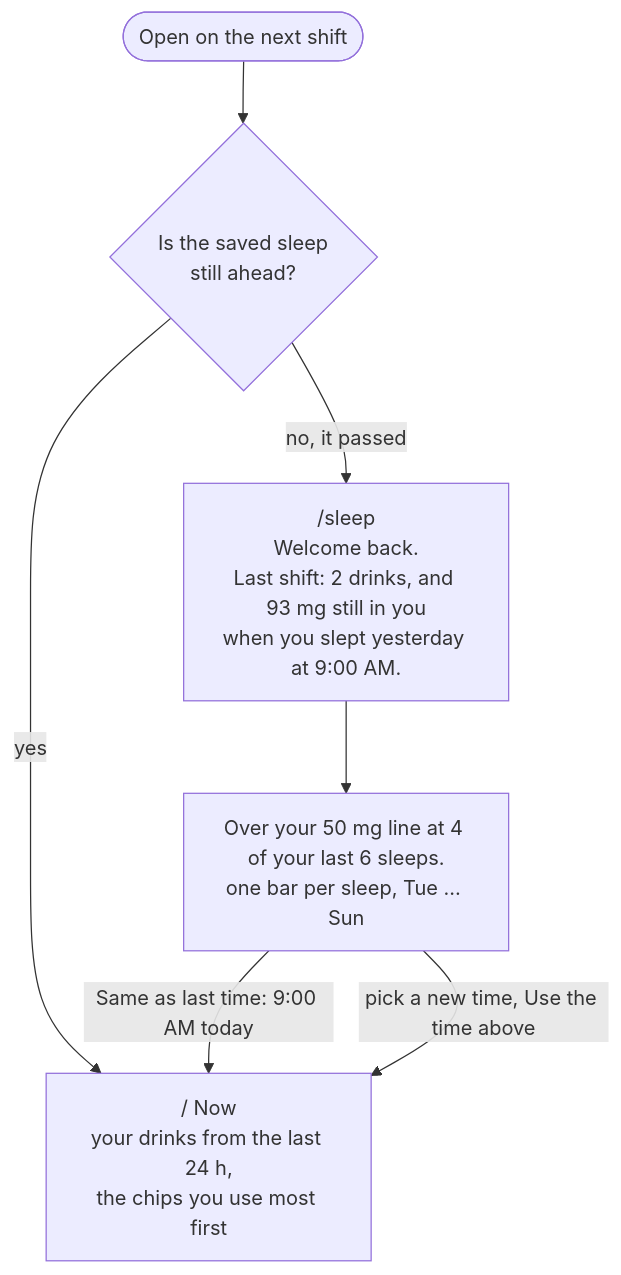
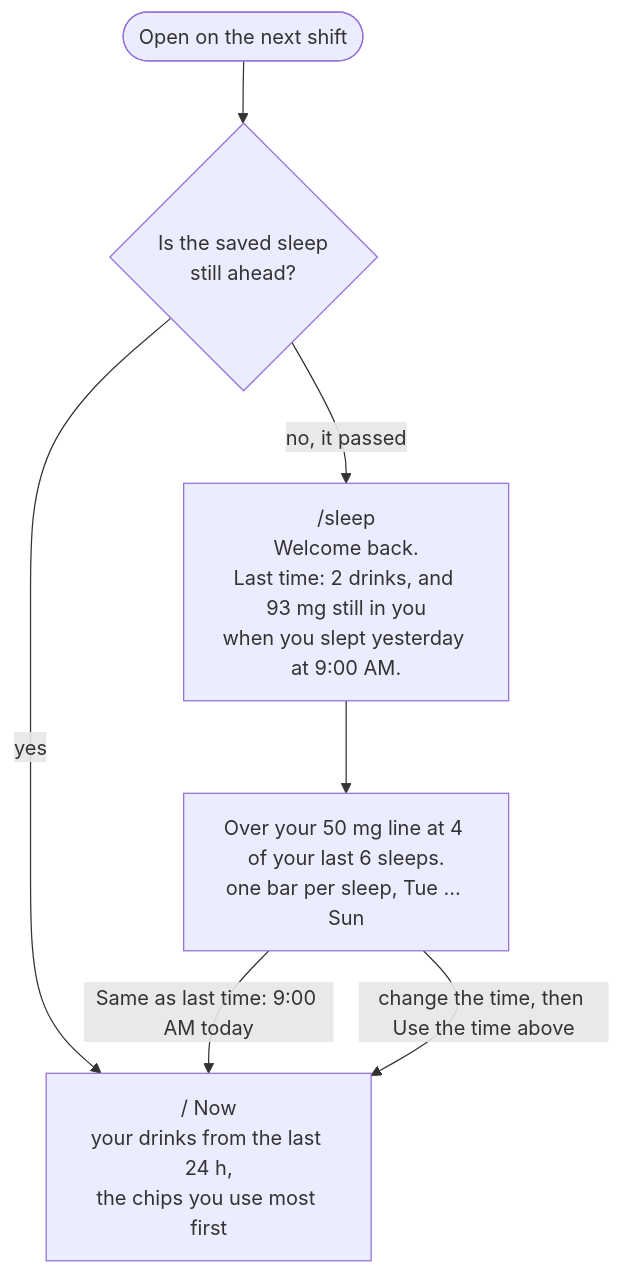
The fifth of 5 diagrams in README.md (nocturnalvigilante/design_ship_build_homework_3), drawn with Mermaid before and after one commit. The commit also changed other lines of this file and 2 other files, not shown here.

````diff
--- a/README.md
+++ b/README.md
@@ -109,9 +114,9 @@
 ```mermaid
 flowchart TD
   A([Open on the next shift]) --> B{"Is the saved sleep<br/>still ahead?"}
   B -- "yes" --> N["/ Now<br/>your drinks from the last 24 h,<br/>the chips you use most first"]
-  B -- "no, it passed" --> S["/sleep<br/>Welcome back.<br/>Last shift: 2 drinks, and 93 mg still in you<br/>when you slept yesterday at 9:00 AM."]
+  B -- "no, it passed" --> S["/sleep<br/>Welcome back.<br/>Last time: 2 drinks, and 93 mg still in you<br/>when you slept yesterday at 9:00 AM."]
   S --> P["Over your 50 mg line at 4 of your last 6 sleeps.<br/>one bar per sleep, Tue … Sun"]
   P -- "Same as last time: 9:00 AM today" --> N
-  P -- "pick a new time, Use the time above" --> N
+  P -- "change the time, then Use the time above" --> N
 ```
````
